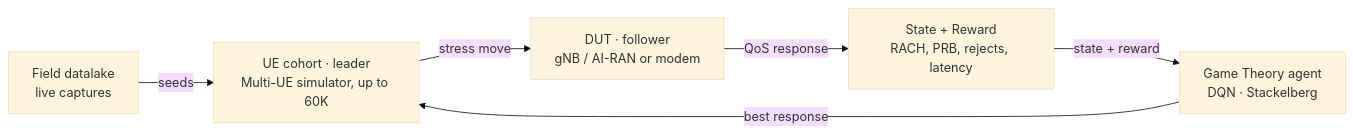
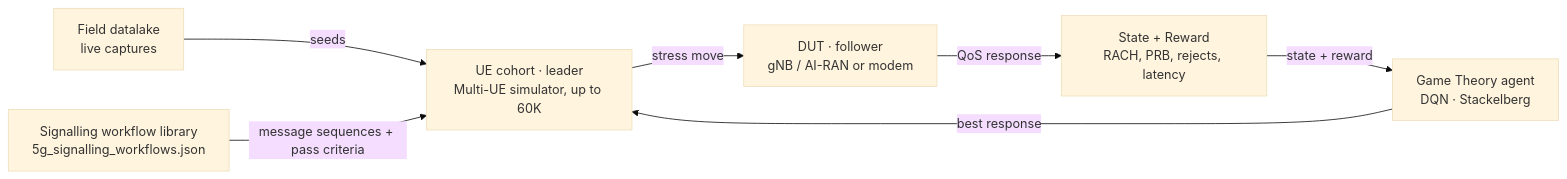
The diagram in PRD.md (marshy10/Test-Arena), drawn with Mermaid (base theme) before and after one commit. The commit also changed other lines of this file and 6 other files, not shown here.

````diff
--- a/PRD.md
+++ b/PRD.md
@@ -20,8 +36,9 @@
 ```mermaid
 flowchart LR
     DL[Field datalake<br/>live captures] -- seeds --> L[UE cohort · leader<br/>Multi-UE simulator, up to 60K]
+    WF[Signalling workflow library<br/>5g_signalling_workflows.json] -- message sequences + pass criteria --> L
     L -- stress move --> D[DUT · follower<br/>gNB / AI-RAN or modem]
     D -- QoS response --> SR[State + Reward<br/>RACH, PRB, rejects, latency]
     SR -- state + reward --> A[Game Theory agent<br/>DQN · Stackelberg]
     A -- best response --> L
 ```
````
